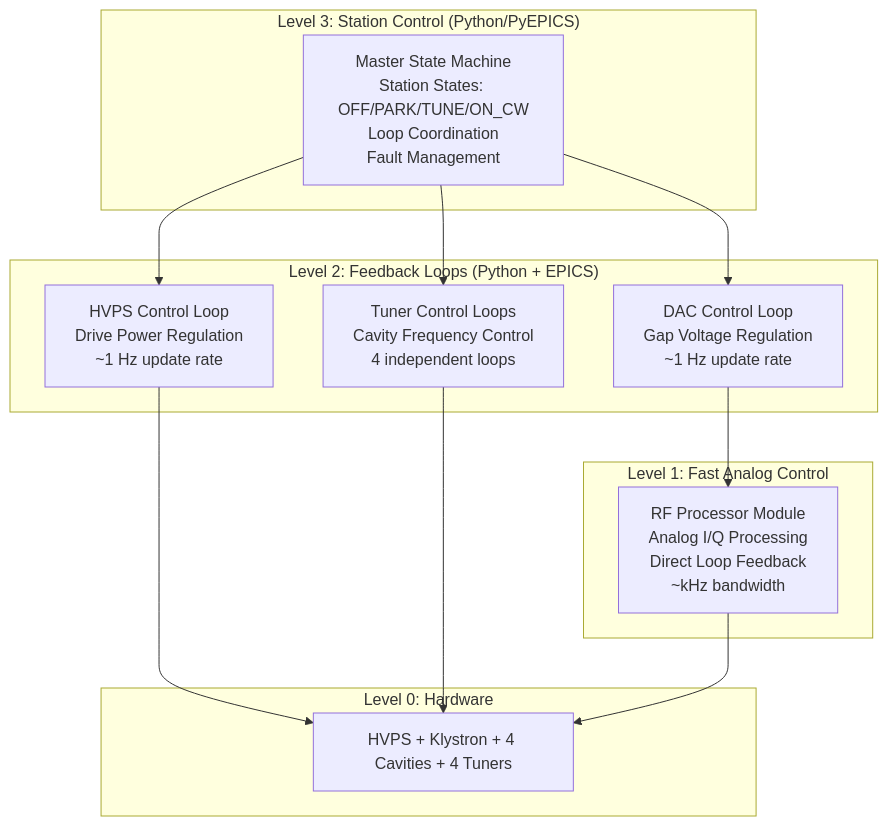
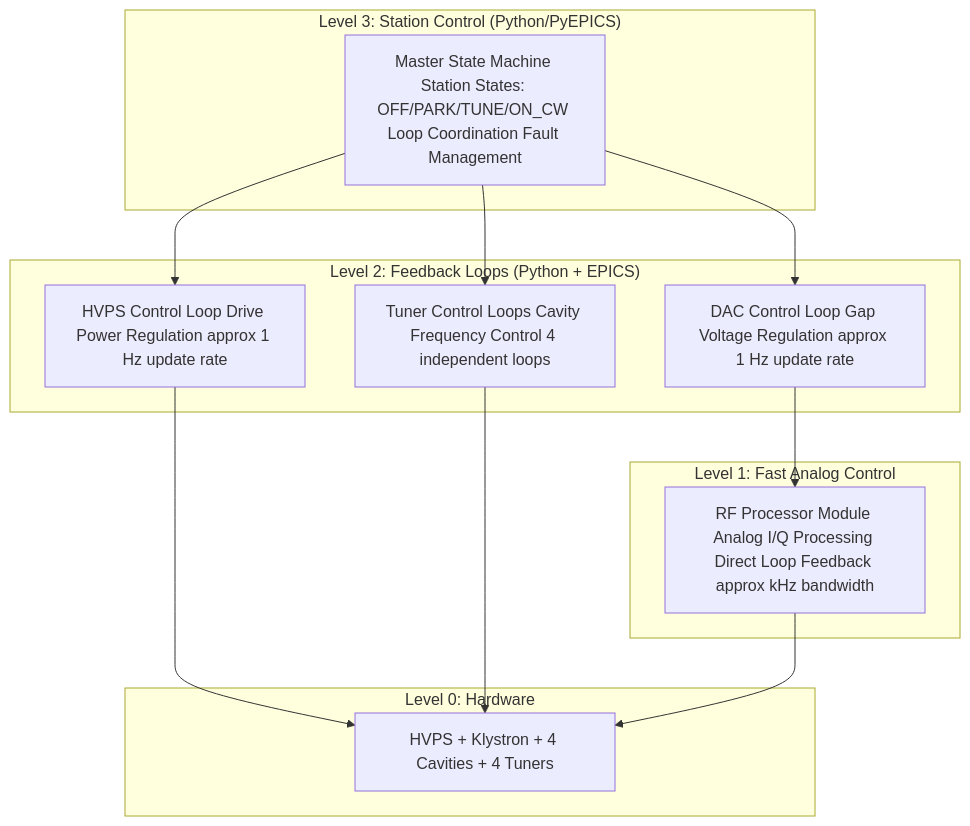
The first of 18 diagrams in SPEAR3_LLRF_COMPREHENSIVE_ANALYSIS.md (fayaw/spearlegacyLLRF), drawn with Mermaid before and after one commit. The commit also changed other lines of this file, not shown here.

First line of the commit message:
Fix Mermaid diagram syntax errors

````diff
--- a/SPEAR3_LLRF_COMPREHENSIVE_ANALYSIS.md
+++ b/SPEAR3_LLRF_COMPREHENSIVE_ANALYSIS.md
@@ -38,29 +38,29 @@
 ```mermaid
 graph TB
-    subgraph "Level 3: Station Control (Python/PyEPICS)"
-        Master[Master State Machine<br/>Station States: OFF/PARK/TUNE/ON_CW<br/>Loop Coordination<br/>Fault Management]
-    end
-    
-    subgraph "Level 2: Feedback Loops (Python + EPICS)"
-        DAC[DAC Control Loop<br/>Gap Voltage Regulation<br/>~1 Hz update rate]
-        HVPS[HVPS Control Loop<br/>Drive Power Regulation<br/>~1 Hz update rate]
-        Tuner[Tuner Control Loops<br/>Cavity Frequency Control<br/>4 independent loops]
-    end
-    
-    subgraph "Level 1: Fast Analog Control"
-        RFP[RF Processor Module<br/>Analog I/Q Processing<br/>Direct Loop Feedback<br/>~kHz bandwidth]
-    end
-    
-    subgraph "Level 0: Hardware"
-        HW[HVPS + Klystron + 4 Cavities + 4 Tuners]
-    end
-    
-    Master --> DAC
-    Master --> HVPS
-    Master --> Tuner
-    
-    DAC --> RFP
-    HVPS --> HW
-    Tuner --> HW
-    RFP --> HW
+ subgraph "Level 3: Station Control (Python/PyEPICS)"
+ Master[Master State Machine Station States: OFF/PARK/TUNE/ON_CW Loop Coordination Fault Management]
+ end
+ 
+ subgraph "Level 2: Feedback Loops (Python + EPICS)"
+ DAC[DAC Control Loop Gap Voltage Regulation approx 1 Hz update rate]
+ HVPS[HVPS Control Loop Drive Power Regulation approx 1 Hz update rate]
+ Tuner[Tuner Control Loops Cavity Frequency Control 4 independent loops]
+ end
+ 
+ subgraph "Level 1: Fast Analog Control"
+ RFP[RF Processor Module Analog I/Q Processing Direct Loop Feedback approx kHz bandwidth]
+ end
+ 
+ subgraph "Level 0: Hardware"
+ HW[HVPS + Klystron + 4 Cavities + 4 Tuners]
+ end
+ 
+ Master --> DAC
+ Master --> HVPS
+ Master --> Tuner
+ 
+ DAC --> RFP
+ HVPS --> HW
+ Tuner --> HW
+ RFP --> HW
 ```
````
